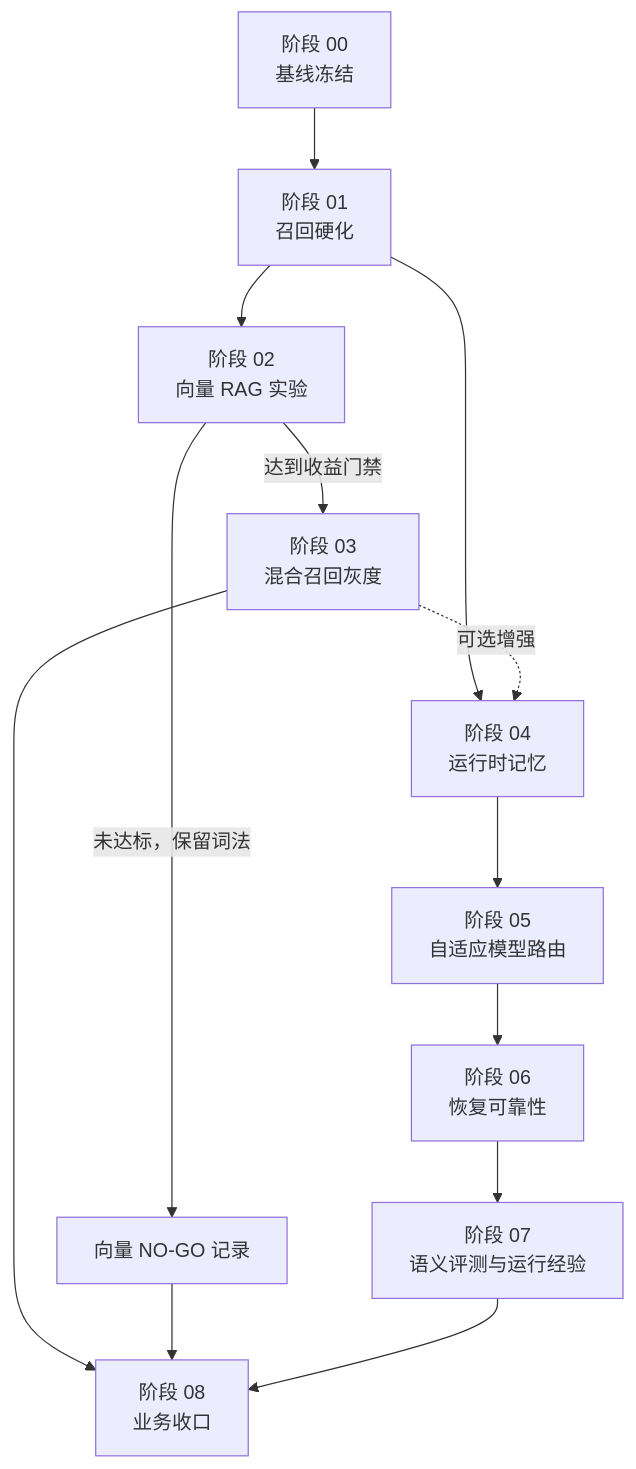
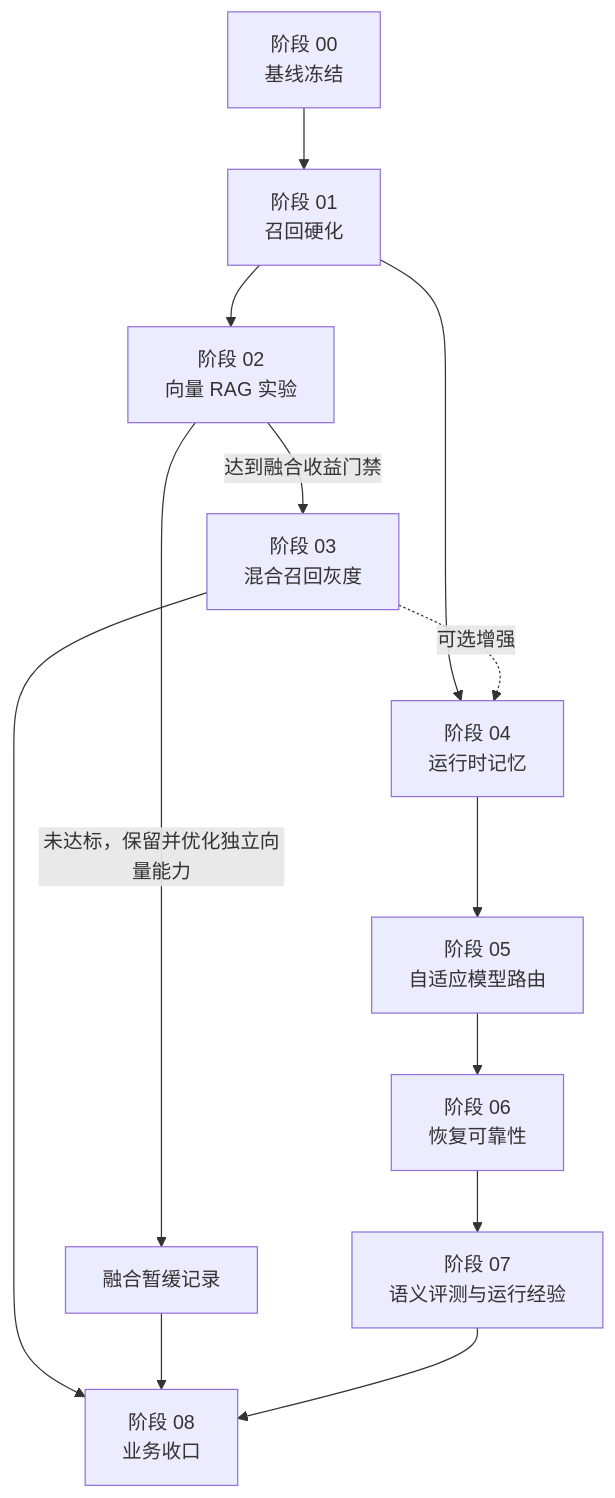
One commit to qingluo201816/taichu changed the diagram in docs/任务包/太初-通用Agent后续推进任务包-20260717/修正后的推进路线图.md. Above: the diagram before and after it, drawn with Mermaid. The commit also changed other lines of this file and 223 other files, not shown here.

````diff
--- a/docs/任务包/太初-通用Agent后续推进任务包-20260717/修正后的推进路线图.md
+++ b/docs/任务包/太初-通用Agent后续推进任务包-20260717/修正后的推进路线图.md
@@ -33,15 +33,15 @@
 ```mermaid
 flowchart TD
     P00["阶段 00<br/>基线冻结"] --> P01["阶段 01<br/>召回硬化"]
     P01 --> P02["阶段 02<br/>向量 RAG 实验"]
-    P02 -->|达到收益门禁| P03["阶段 03<br/>混合召回灰度"]
-    P02 -->|未达标，保留词法| NOGO["向量 NO-GO 记录"]
+    P02 -->|达到融合收益门禁| P03["阶段 03<br/>混合召回灰度"]
+    P02 -->|未达标，保留并优化独立向量能力| NOGO["融合暂缓记录"]
     P01 --> P04["阶段 04<br/>运行时记忆"]
     P03 -. 可选增强 .-> P04
     P04 --> P05["阶段 05<br/>自适应模型路由"]
     P05 --> P06["阶段 06<br/>恢复可靠性"]
     P06 --> P07["阶段 07<br/>语义评测与运行经验"]
     P03 --> P08["阶段 08<br/>业务收口"]
     NOGO --> P08
     P07 --> P08
 ```
````
